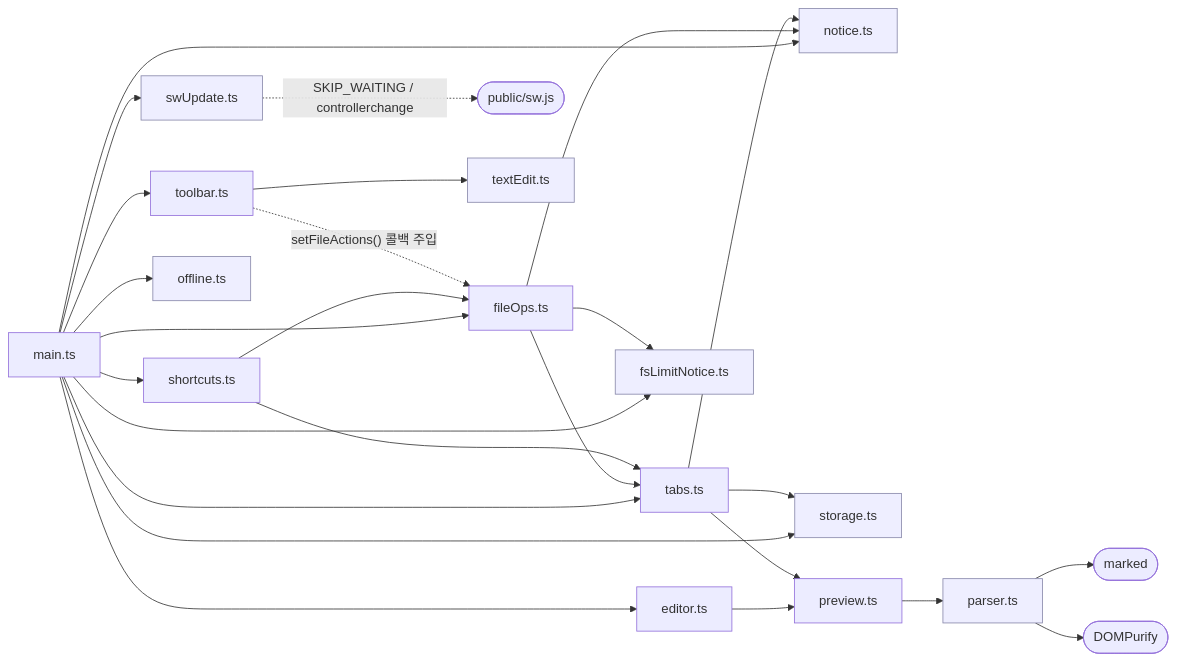
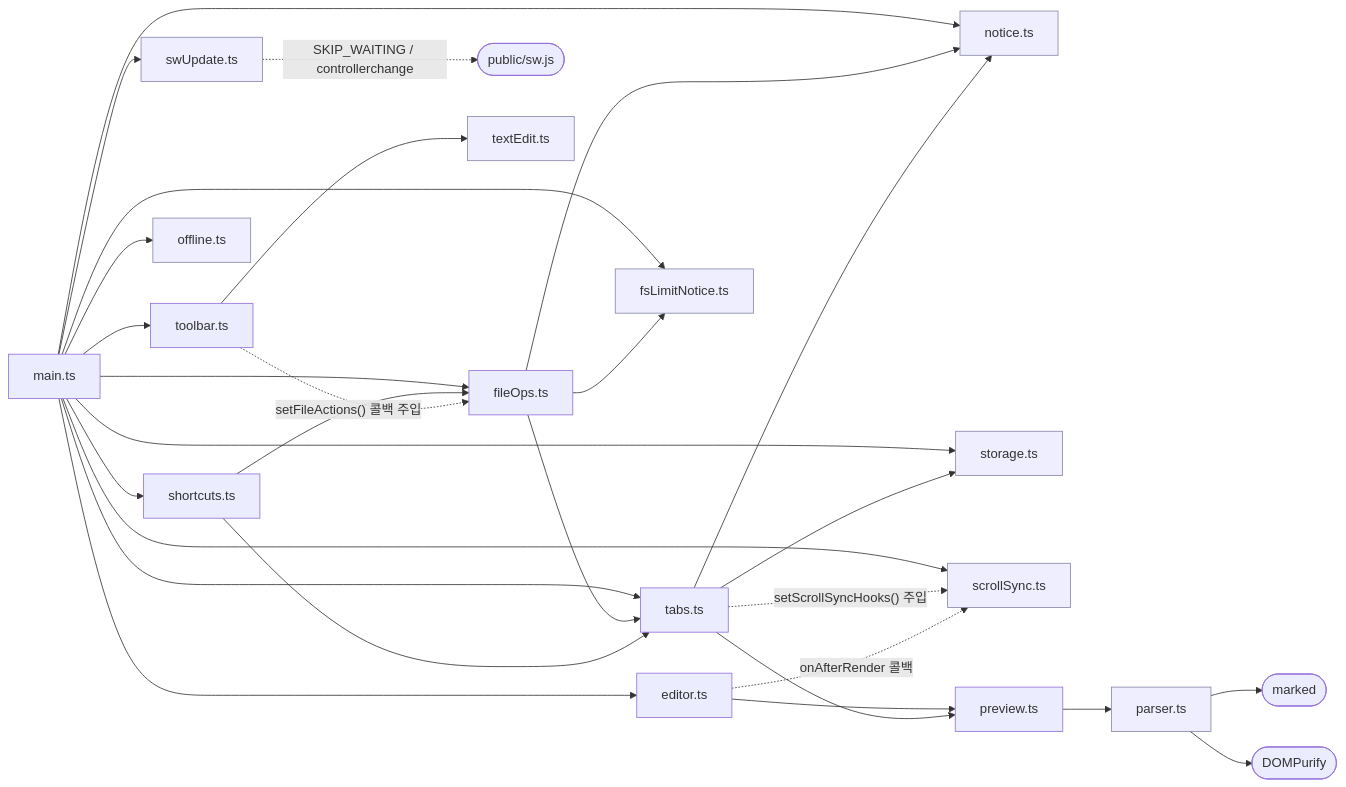
The diagram in docs/architecture/traceability.md (devworld-ltd/markdownEditor), drawn with Mermaid before and after one commit. The commit also changed other lines of this file and 9 other files, not shown here.

````diff
--- a/docs/architecture/traceability.md
+++ b/docs/architecture/traceability.md
@@ -42,33 +44,36 @@
 ```mermaid
 graph LR
   main["main.ts"] --> editor["editor.ts"]
   main --> tabs["tabs.ts"]
   main --> fileOps["fileOps.ts"]
   main --> toolbar["toolbar.ts"]
   main --> shortcuts["shortcuts.ts"]
   main --> notice["notice.ts"]
   main --> storage["storage.ts"]
   main --> swUpdate["swUpdate.ts"]
   main --> offline["offline.ts"]
   main --> fsLimit["fsLimitNotice.ts"]
+  main --> scrollSync["scrollSync.ts"]
+  tabs -. "setScrollSyncHooks() 주입" .-> scrollSync
+  editor -. "onAfterRender 콜백" .-> scrollSync
   fileOps --> fsLimit
   swUpdate -. "SKIP_WAITING / controllerchange" .-> sw(["public/sw.js"])
 
   editor --> preview["preview.ts"]
   tabs --> preview
   tabs --> storage
   preview --> parser["parser.ts"]
   parser --> marked(["marked"])
   parser --> purify(["DOMPurify"])
 
   fileOps --> tabs
   fileOps --> notice
   tabs --> notice
   shortcuts --> fileOps
   shortcuts --> tabs
   toolbar -. "setFileActions() 콜백 주입" .-> fileOps
   toolbar --> textEdit["textEdit.ts"]
 
   classDef leaf fill:#eef,stroke:#88a
-  class parser,storage,notice,swUpdate,textEdit,offline,fsLimit leaf
+  class parser,storage,notice,swUpdate,textEdit,offline,fsLimit,scrollSync leaf
 ```
````
